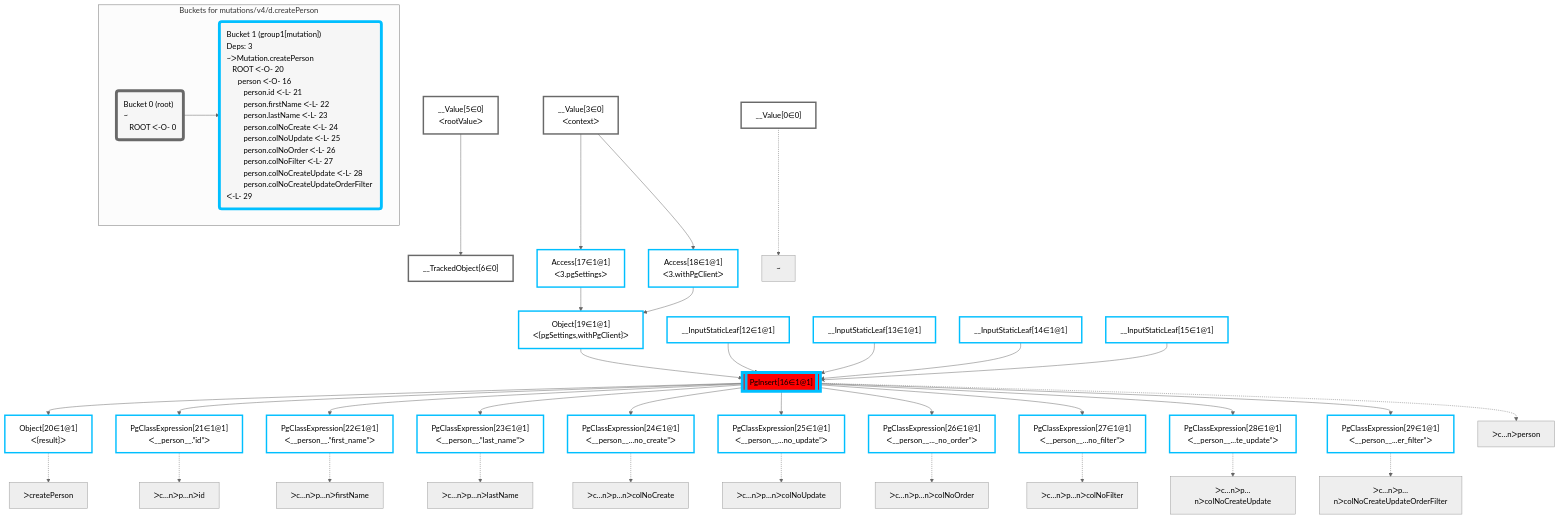
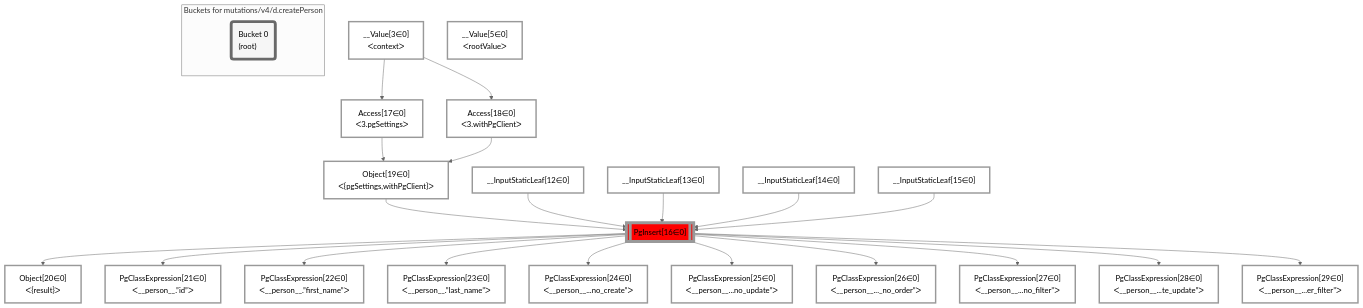
One commit to graphile/crystal changed the diagram in packages/postgraphile/__tests__/mutations/v4/d.createPerson.mermaid. Above: the diagram before and after it, drawn with Mermaid (neutral theme). The commit also changed 1 other file, not shown here.

```diff
--- a/packages/postgraphile/__tests__/mutations/v4/d.createPerson.mermaid
+++ b/packages/postgraphile/__tests__/mutations/v4/d.createPerson.mermaid
@@ -1,84 +1,53 @@
 graph TD
     classDef path fill:#eee,stroke:#000,color:#000
     classDef plan fill:#fff,stroke-width:3px,color:#000
     classDef itemplan fill:#fff,stroke-width:6px,color:#000
     classDef sideeffectplan fill:#f00,stroke-width:6px,color:#000
     classDef bucket fill:#f6f6f6,color:#000,stroke-width:6px,text-align:left
 
 
-    %% define plans
-    __Value0["__Value[0∈0]"]:::plan
+    %% define steps
     __Value3["__Value[3∈0]<br />ᐸcontextᐳ"]:::plan
     __Value5["__Value[5∈0]<br />ᐸrootValueᐳ"]:::plan
-    __TrackedObject6["__TrackedObject[6∈0]"]:::plan
-    __InputStaticLeaf12["__InputStaticLeaf[12∈1@1]"]:::plan
-    __InputStaticLeaf13["__InputStaticLeaf[13∈1@1]"]:::plan
-    __InputStaticLeaf14["__InputStaticLeaf[14∈1@1]"]:::plan
-    __InputStaticLeaf15["__InputStaticLeaf[15∈1@1]"]:::plan
-    Access17["Access[17∈1@1]<br />ᐸ3.pgSettingsᐳ"]:::plan
-    Access18["Access[18∈1@1]<br />ᐸ3.withPgClientᐳ"]:::plan
-    Object19["Object[19∈1@1]<br />ᐸ{pgSettings,withPgClient}ᐳ"]:::plan
-    PgInsert16[["PgInsert[16∈1@1]"]]:::sideeffectplan
-    Object20["Object[20∈1@1]<br />ᐸ{result}ᐳ"]:::plan
-    PgClassExpression21["PgClassExpression[21∈1@1]<br />ᐸ__person__.”id”ᐳ"]:::plan
-    PgClassExpression22["PgClassExpression[22∈1@1]<br />ᐸ__person__.”first_name”ᐳ"]:::plan
-    PgClassExpression23["PgClassExpression[23∈1@1]<br />ᐸ__person__.”last_name”ᐳ"]:::plan
-    PgClassExpression24["PgClassExpression[24∈1@1]<br />ᐸ__person__...no_create”ᐳ"]:::plan
-    PgClassExpression25["PgClassExpression[25∈1@1]<br />ᐸ__person__...no_update”ᐳ"]:::plan
-    PgClassExpression26["PgClassExpression[26∈1@1]<br />ᐸ__person__..._no_order”ᐳ"]:::plan
-    PgClassExpression27["PgClassExpression[27∈1@1]<br />ᐸ__person__...no_filter”ᐳ"]:::plan
-    PgClassExpression28["PgClassExpression[28∈1@1]<br />ᐸ__person__...te_update”ᐳ"]:::plan
-    PgClassExpression29["PgClassExpression[29∈1@1]<br />ᐸ__person__...er_filter”ᐳ"]:::plan
+    __InputStaticLeaf12["__InputStaticLeaf[12∈0]"]:::plan
+    __InputStaticLeaf13["__InputStaticLeaf[13∈0]"]:::plan
+    __InputStaticLeaf14["__InputStaticLeaf[14∈0]"]:::plan
+    __InputStaticLeaf15["__InputStaticLeaf[15∈0]"]:::plan
+    Access17["Access[17∈0]<br />ᐸ3.pgSettingsᐳ"]:::plan
+    Access18["Access[18∈0]<br />ᐸ3.withPgClientᐳ"]:::plan
+    Object19["Object[19∈0]<br />ᐸ{pgSettings,withPgClient}ᐳ"]:::plan
+    PgInsert16[["PgInsert[16∈0]"]]:::sideeffectplan
+    Object20["Object[20∈0]<br />ᐸ{result}ᐳ"]:::plan
+    PgClassExpression21["PgClassExpression[21∈0]<br />ᐸ__person__.”id”ᐳ"]:::plan
+    PgClassExpression22["PgClassExpression[22∈0]<br />ᐸ__person__.”first_name”ᐳ"]:::plan
+    PgClassExpression23["PgClassExpression[23∈0]<br />ᐸ__person__.”last_name”ᐳ"]:::plan
+    PgClassExpression24["PgClassExpression[24∈0]<br />ᐸ__person__...no_create”ᐳ"]:::plan
+    PgClassExpression25["PgClassExpression[25∈0]<br />ᐸ__person__...no_update”ᐳ"]:::plan
+    PgClassExpression26["PgClassExpression[26∈0]<br />ᐸ__person__..._no_order”ᐳ"]:::plan
+    PgClassExpression27["PgClassExpression[27∈0]<br />ᐸ__person__...no_filter”ᐳ"]:::plan
+    PgClassExpression28["PgClassExpression[28∈0]<br />ᐸ__person__...te_update”ᐳ"]:::plan
+    PgClassExpression29["PgClassExpression[29∈0]<br />ᐸ__person__...er_filter”ᐳ"]:::plan
 
     %% plan dependencies
-    __Value5 --> __TrackedObject6
     __Value3 --> Access17
     __Value3 --> Access18
     Access17 & Access18 --> Object19
     Object19 & __InputStaticLeaf12 & __InputStaticLeaf13 & __InputStaticLeaf14 & __InputStaticLeaf15 --> PgInsert16
     PgInsert16 --> Object20
     PgInsert16 --> PgClassExpression21
     PgInsert16 --> PgClassExpression22
     PgInsert16 --> PgClassExpression23
     PgInsert16 --> PgClassExpression24
     PgInsert16 --> PgClassExpression25
     PgInsert16 --> PgClassExpression26
     PgInsert16 --> PgClassExpression27
     PgInsert16 --> PgClassExpression28
     PgInsert16 --> PgClassExpression29
 
     %% plan-to-path relationships
-    P0["~"]
-    __Value0 -.-> P0
-    P16["ᐳc…nᐳperson"]
-    PgInsert16 -.-> P16
-    P20["ᐳcreatePerson"]
-    Object20 -.-> P20
-    P21["ᐳc…nᐳp…nᐳid"]
-    PgClassExpression21 -.-> P21
-    P22["ᐳc…nᐳp…nᐳfirstName"]
-    PgClassExpression22 -.-> P22
-    P23["ᐳc…nᐳp…nᐳlastName"]
-    PgClassExpression23 -.-> P23
-    P24["ᐳc…nᐳp…nᐳcolNoCreate"]
-    PgClassExpression24 -.-> P24
-    P25["ᐳc…nᐳp…nᐳcolNoUpdate"]
-    PgClassExpression25 -.-> P25
-    P26["ᐳc…nᐳp…nᐳcolNoOrder"]
-    PgClassExpression26 -.-> P26
-    P27["ᐳc…nᐳp…nᐳcolNoFilter"]
-    PgClassExpression27 -.-> P27
-    P28["ᐳc…nᐳp…nᐳcolNoCreateUpdate"]
-    PgClassExpression28 -.-> P28
-    P29["ᐳc…nᐳp…nᐳcolNoCreateUpdateOrderFilter"]
-    PgClassExpression29 -.-> P29
 
     subgraph "Buckets for mutations/v4/d.createPerson"
-    Bucket0("Bucket 0 (root)<br />~<br />⠀ROOT ᐸ-O- 0"):::bucket
+    Bucket0("Bucket 0<br />(root)"):::bucket
     classDef bucket0 stroke:#696969
-    class Bucket0,__Value0,__Value3,__Value5,__TrackedObject6 bucket0
-    Bucket1("Bucket 1 (group1[mutation])<br />Deps: 3<br />~ᐳMutation.createPerson<br />⠀ROOT ᐸ-O- 20<br />⠀⠀person ᐸ-O- 16<br />⠀⠀⠀person.id ᐸ-L- 21<br />⠀⠀⠀person.firstName ᐸ-L- 22<br />⠀⠀⠀person.lastName ᐸ-L- 23<br />⠀⠀⠀person.colNoCreate ᐸ-L- 24<br />⠀⠀⠀person.colNoUpdate ᐸ-L- 25<br />⠀⠀⠀person.colNoOrder ᐸ-L- 26<br />⠀⠀⠀person.colNoFilter ᐸ-L- 27<br />⠀⠀⠀person.colNoCreateUpdate ᐸ-L- 28<br />⠀⠀⠀person.colNoCreateUpdateOrderFilter ᐸ-L- 29"):::bucket
-    classDef bucket1 stroke:#00bfff
-    class Bucket1,__InputStaticLeaf12,__InputStaticLeaf13,__InputStaticLeaf14,__InputStaticLeaf15,PgInsert16,Access17,Access18,Object19,Object20,PgClassExpression21,PgClassExpression22,PgClassExpression23,PgClassExpression24,PgClassExpression25,PgClassExpression26,PgClassExpression27,PgClassExpression28,PgClassExpression29 bucket1
-    Bucket0 --> Bucket1
+    class Bucket0 bucket0
     end
```
